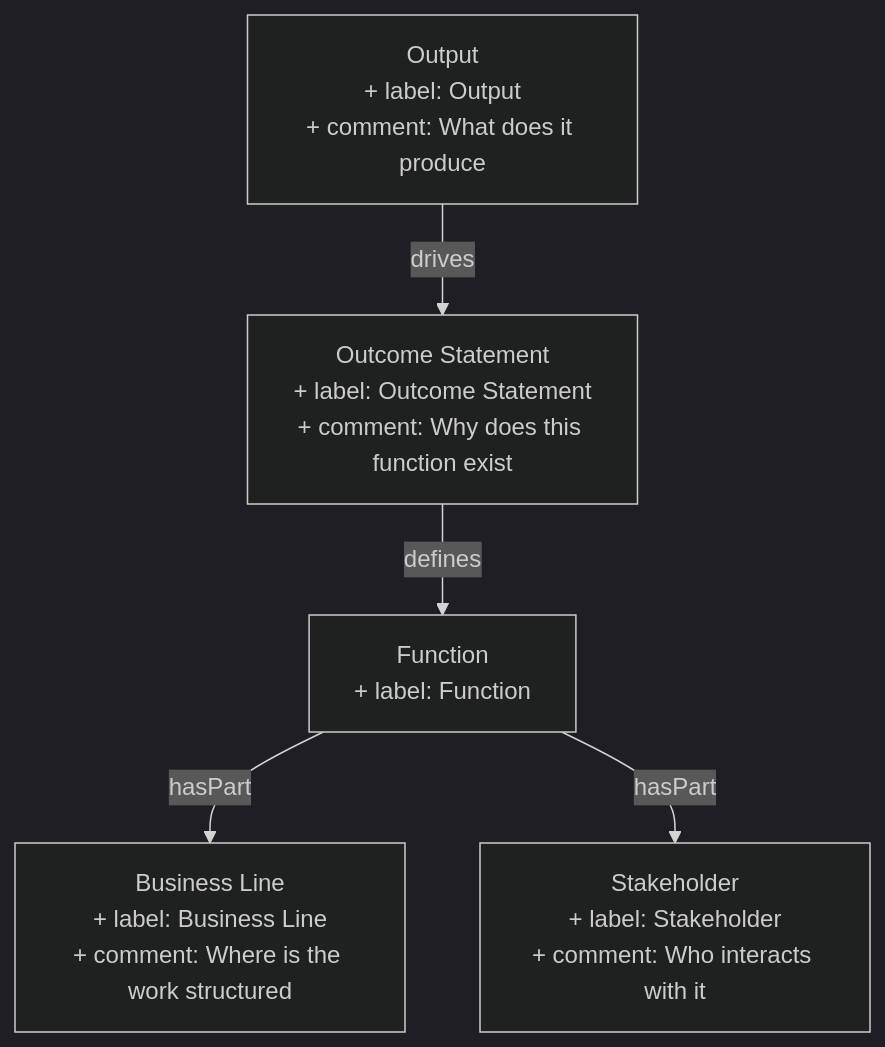
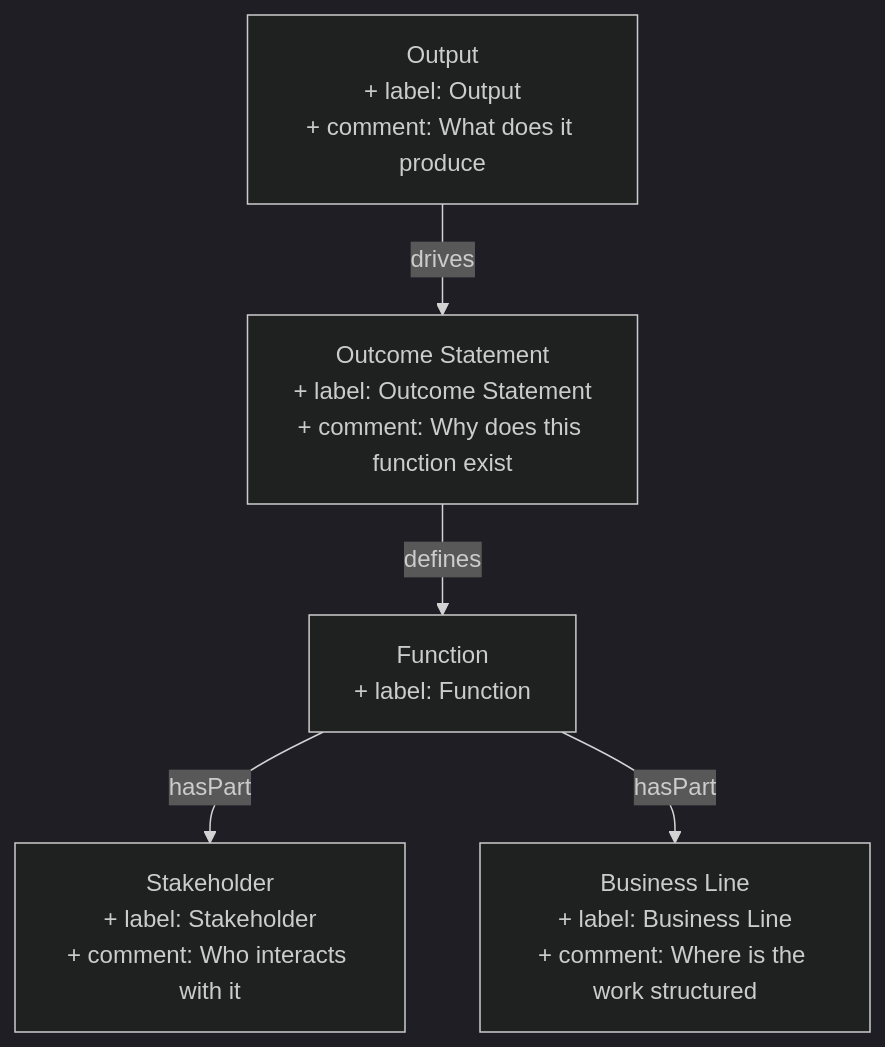
One commit to heidingaway/heidi2 changed the diagram in content/output.md. Above: the diagram before and after it, drawn with Mermaid (dark theme). The commit also changed other lines of this file and 350 other files, not shown here.

````diff
--- a/content/output.md
+++ b/content/output.md
@@ -28,12 +29,12 @@
 ```mermaid
 graph TD
   Output["Output<br>+ label: Output<br>+ comment: What does it produce"]:::current-page-node
   Outcome_Statement["Outcome Statement<br>+ label: Outcome Statement<br>+ comment: Why does this function exist"]
   Function["Function<br>+ label: Function"]
   Stakeholder["Stakeholder<br>+ label: Stakeholder<br>+ comment: Who interacts with it"]
   Business_Line["Business Line<br>+ label: Business Line<br>+ comment: Where is the work structured"]
+  Function-->|" hasPart "|Stakeholder
   Outcome_Statement-->|" defines "|Function
   Function-->|" hasPart "|Business_Line
   Output-->|" drives "|Outcome_Statement
-  Function-->|" hasPart "|Stakeholder
 ```
````
